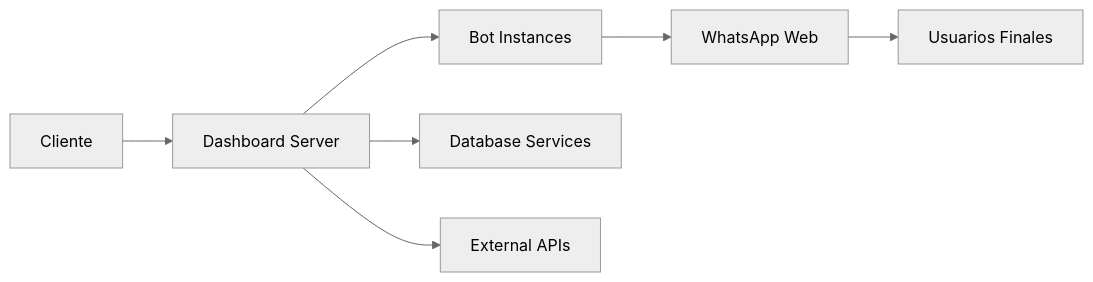
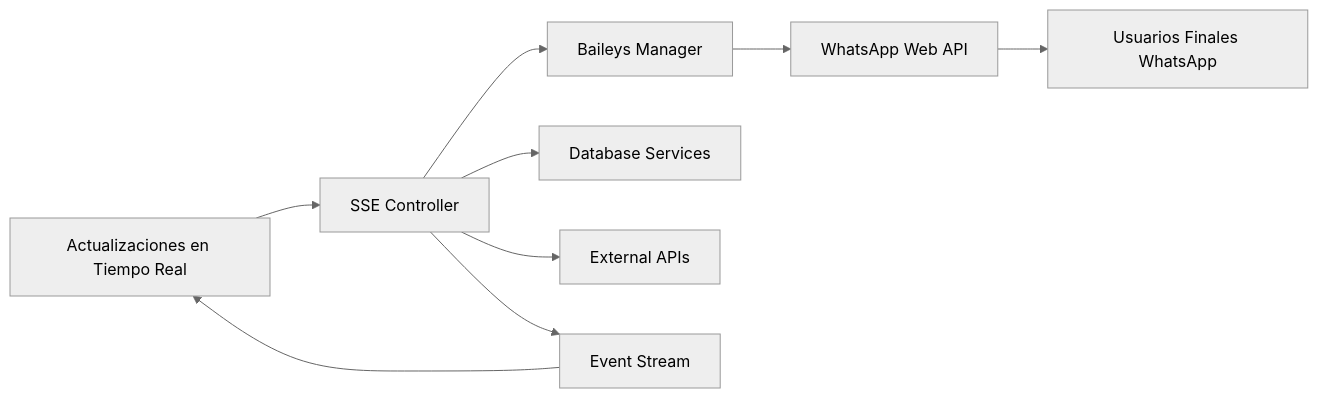
Before and after one commit to da4vid864/bots: the seventh of 7 diagrams in client_journey_flow.md, drawn with Mermaid (neutral theme). The commit also changed other lines of this file and 39 other files, not shown here.

````diff
--- a/client_journey_flow.md
+++ b/client_journey_flow.md
@@ -228,10 +238,13 @@
 ```mermaid
 flowchart LR
-    A[Cliente] --> B[Dashboard Server]
-    B --> C[Bot Instances]
+    A[React Frontend] --> B[SSE Controller]
+    B --> C[Baileys Manager]
     B --> D[Database Services]
     B --> E[External APIs]
     
-    C --> F[WhatsApp Web]
-    F --> G[Usuarios Finales]
+    C --> F[WhatsApp Web API]
+    F --> G[Usuarios Finales WhatsApp]
+    
+    B --> H[Event Stream]
+    H --> A[Actualizaciones en Tiempo Real]
 ```
````
